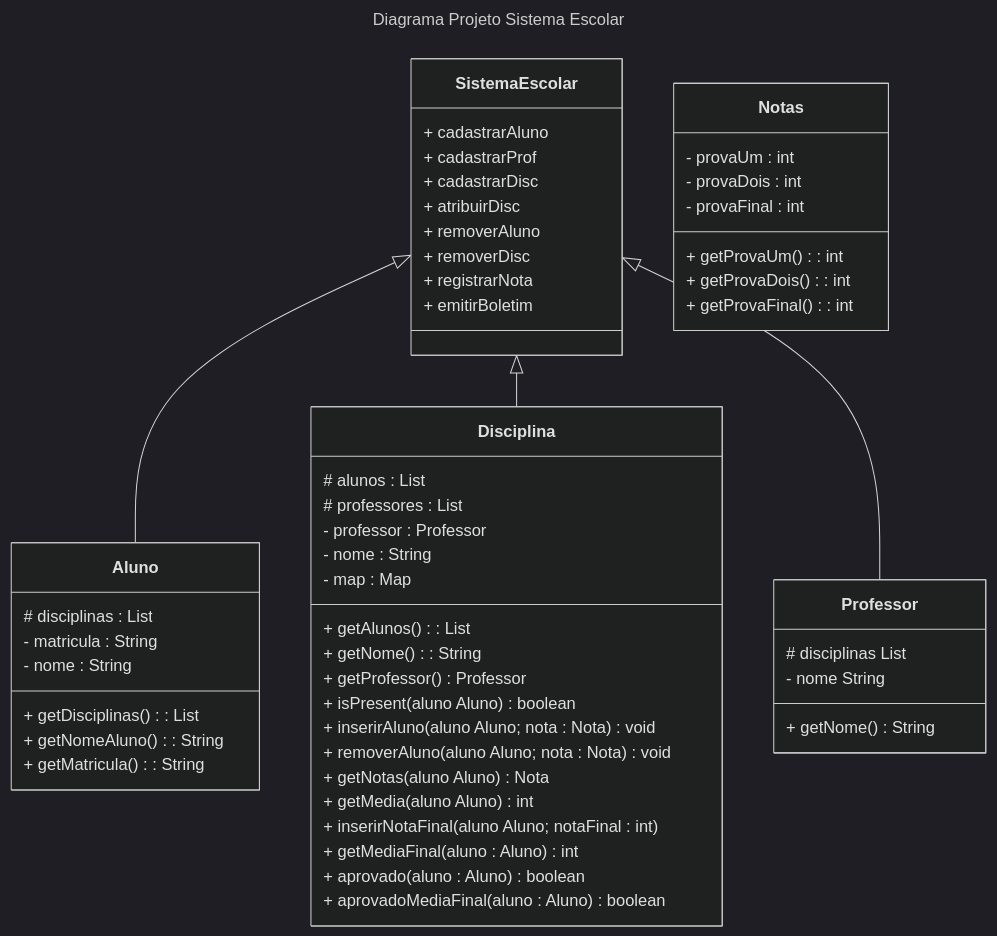
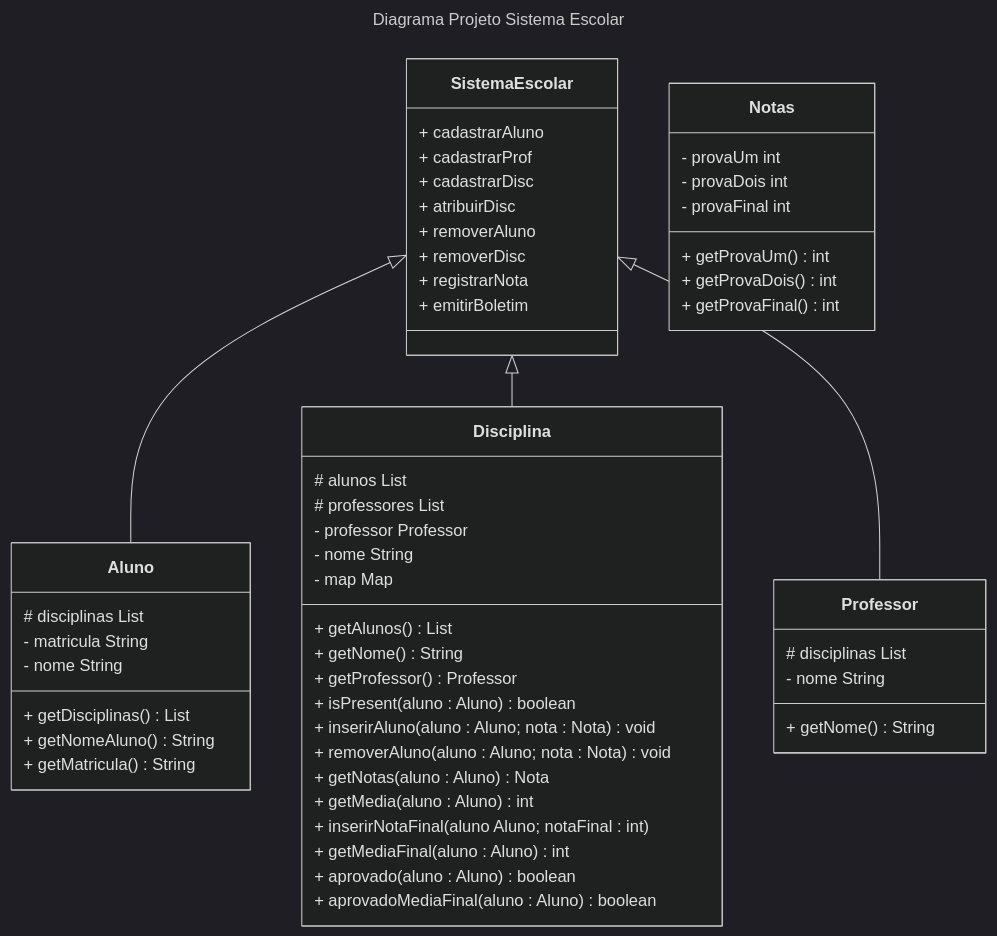
One commit to vSteps/POO changed the diagram in Projeto_POO/diagrama.md. Above: the diagram before and after it, drawn with Mermaid (dark theme).

````diff
--- a/Projeto_POO/diagrama.md
+++ b/Projeto_POO/diagrama.md
@@ -1,60 +1,60 @@
 ```mermaid
 ---
 title: Diagrama Projeto Sistema Escolar
 ---
 classDiagram
     SistemaEscolar <|-- Aluno
     SistemaEscolar <|-- Disciplina
     SistemaEscolar <|-- Professor
     SistemaEscolar : + cadastrarAluno
     SistemaEscolar : + cadastrarProf
     SistemaEscolar : + cadastrarDisc
     SistemaEscolar : + atribuirDisc
     SistemaEscolar : + removerAluno
     SistemaEscolar:  + removerDisc
     SistemaEscolar:  + registrarNota
     SistemaEscolar:  + emitirBoletim
     class Aluno{
-        # disciplinas : List<Disciplina>
-        - matricula : String
-        - nome : String
-        + getDisciplinas(): List<Disciplina>
-        + getNomeAluno(): String
-        + getMatricula(): String
+        # disciplinas  List<Disciplina>
+        - matricula  String
+        - nome  String
+        + getDisciplinas() List<Disciplina>
+        + getNomeAluno() String
+        + getMatricula() String
         
     }
     class Disciplina{
-        # alunos : List<Aluno>
-        # professores : List<Professor>
-        - professor : Professor
-        - nome : String
-        - map : Map<Aluno, Nota>
-        + getAlunos() : List<Aluno>
-        + getNome() : String
+        # alunos  List<Aluno>
+        # professores  List<Professor>
+        - professor  Professor
+        - nome  String
+        - map  Map<Aluno, Nota>
+        + getAlunos() List<Aluno>
+        + getNome()  String
         + getProfessor()  Professor
-        + isPresent(aluno  Aluno)  boolean
-        + inserirAluno(aluno  Aluno; nota : Nota)  void
-        + removerAluno(aluno  Aluno; nota : Nota)  void
-        + getNotas(aluno  Aluno)  Nota
-        + getMedia(aluno  Aluno)  int
+        + isPresent(aluno : Aluno)  boolean
+        + inserirAluno(aluno : Aluno; nota : Nota)  void
+        + removerAluno(aluno : Aluno; nota : Nota)  void
+        + getNotas(aluno : Aluno)  Nota
+        + getMedia(aluno : Aluno)  int
         + inserirNotaFinal(aluno  Aluno; notaFinal : int)
         + getMediaFinal(aluno : Aluno)  int
         + aprovado(aluno : Aluno)  boolean
         + aprovadoMediaFinal(aluno : Aluno)  boolean
     }
     class Professor{
         # disciplinas  List<Disciplina>
         - nome  String
         + getNome()  String
     }
 
     class Notas{
-        - provaUm : int
-        - provaDois : int
-        - provaFinal : int
-        + getProvaUm() : int
-        + getProvaDois() : int
-        + getProvaFinal() : int
+        - provaUm  int
+        - provaDois  int
+        - provaFinal int
+        + getProvaUm()  int
+        + getProvaDois()  int
+        + getProvaFinal()  int
     }
 
 ```
````
